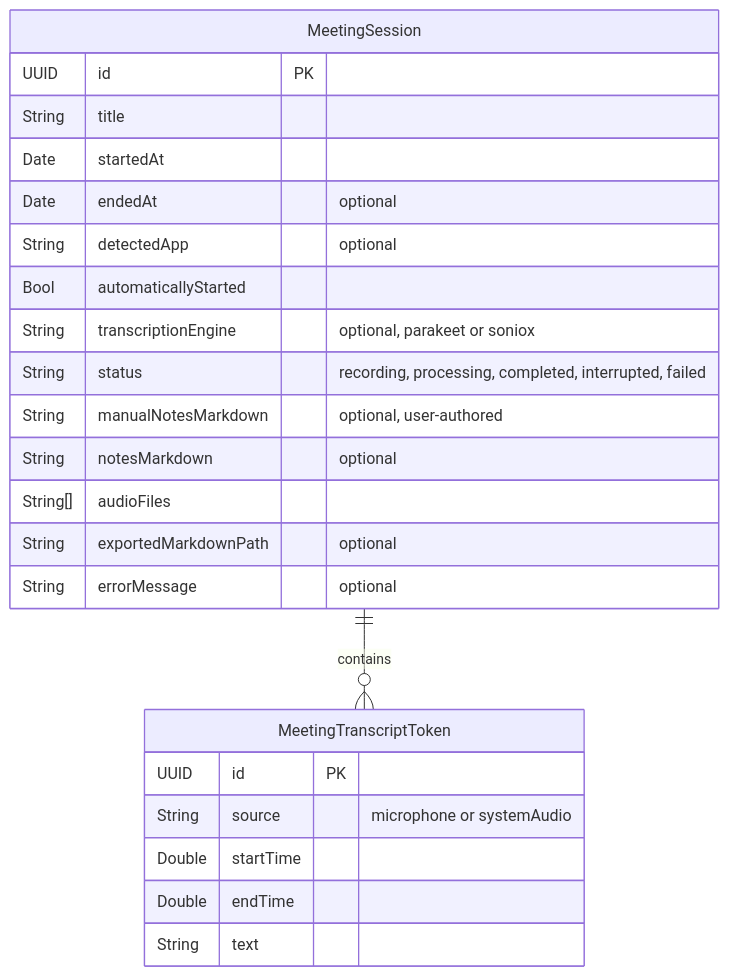
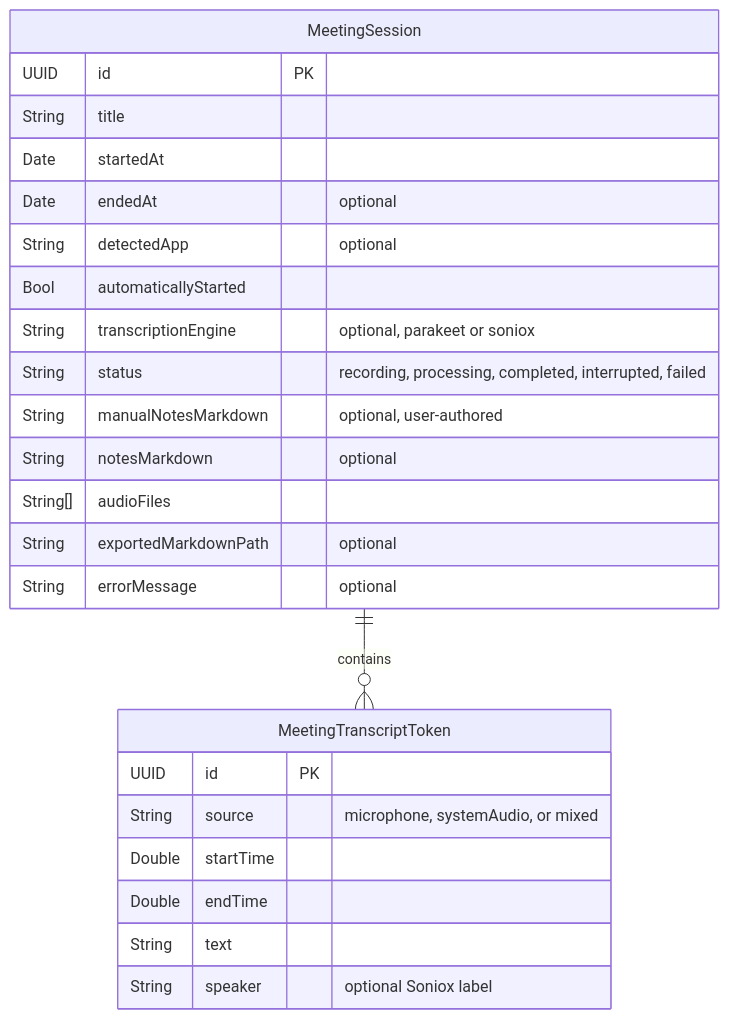
One commit to dkapo88/WonderWhisper-macOS changed the fourth of 13 diagrams in datamodel.md. Above: the diagram before and after it, drawn with Mermaid. The commit also changed other lines of this file and 16 other files, not shown here.

First line of the commit message:
feat(meetings): harden mixed audio capture

````diff
--- a/datamodel.md
+++ b/datamodel.md
@@ -202,28 +202,29 @@
 ```mermaid
 erDiagram
     MeetingSession ||--o{ MeetingTranscriptToken : "contains"
 
     MeetingSession {
         UUID id PK
         String title
         Date startedAt
         Date endedAt "optional"
         String detectedApp "optional"
         Bool automaticallyStarted
         String transcriptionEngine "optional, parakeet or soniox"
         String status "recording, processing, completed, interrupted, failed"
         String manualNotesMarkdown "optional, user-authored"
         String notesMarkdown "optional"
         String[] audioFiles
         String exportedMarkdownPath "optional"
         String errorMessage "optional"
     }
 
     MeetingTranscriptToken {
         UUID id PK
-        String source "microphone or systemAudio"
+        String source "microphone, systemAudio, or mixed"
         Double startTime
         Double endTime
         String text
+        String speaker "optional Soniox label"
     }
 ```
````
